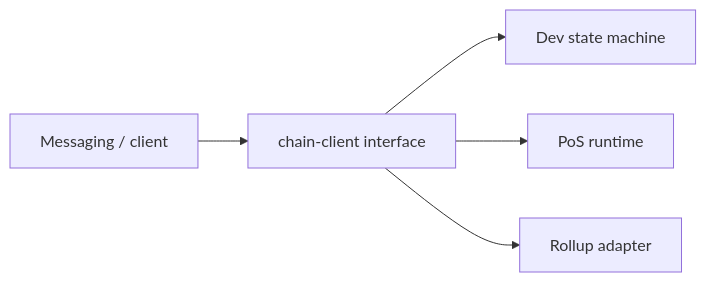
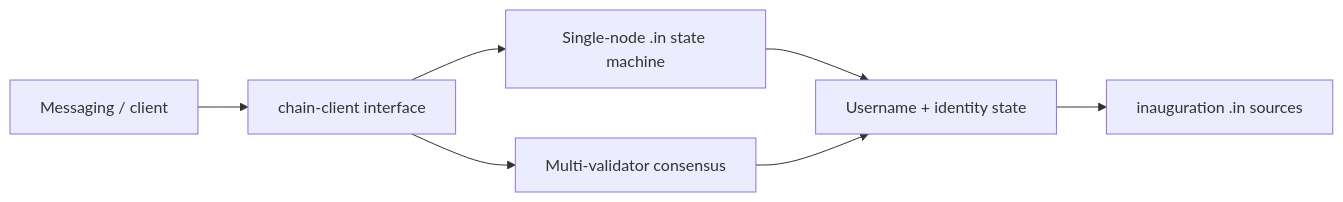
Before and after one commit to tschk/nettle: the diagram in docs/chain.md, drawn with Mermaid. The commit also changed other lines of this file and 6 other files, not shown here.

````diff
--- a/docs/chain.md
+++ b/docs/chain.md
@@ -75,7 +83,9 @@
 ```mermaid
 flowchart LR
   Msg[Messaging / client] --> CCI[chain-client interface]
-  CCI --> Dev[Dev state machine]
-  CCI --> Pos[PoS runtime]
-  CCI --> Rollup[Rollup adapter]
+  CCI --> Local[Single-node .in state machine]
+  CCI --> Net[Multi-validator consensus]
+  Local --> SM[Username + identity state]
+  Net --> SM
+  SM --> InLang[inauguration .in sources]
 ```
````
